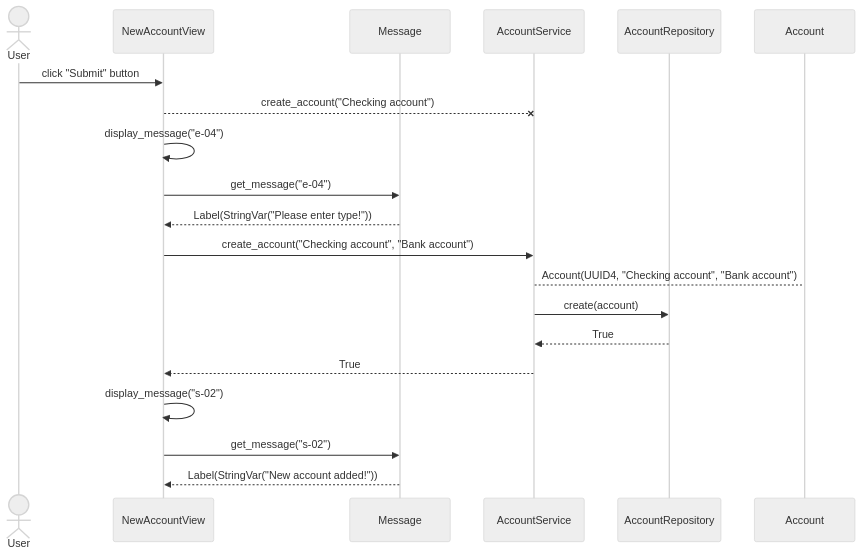
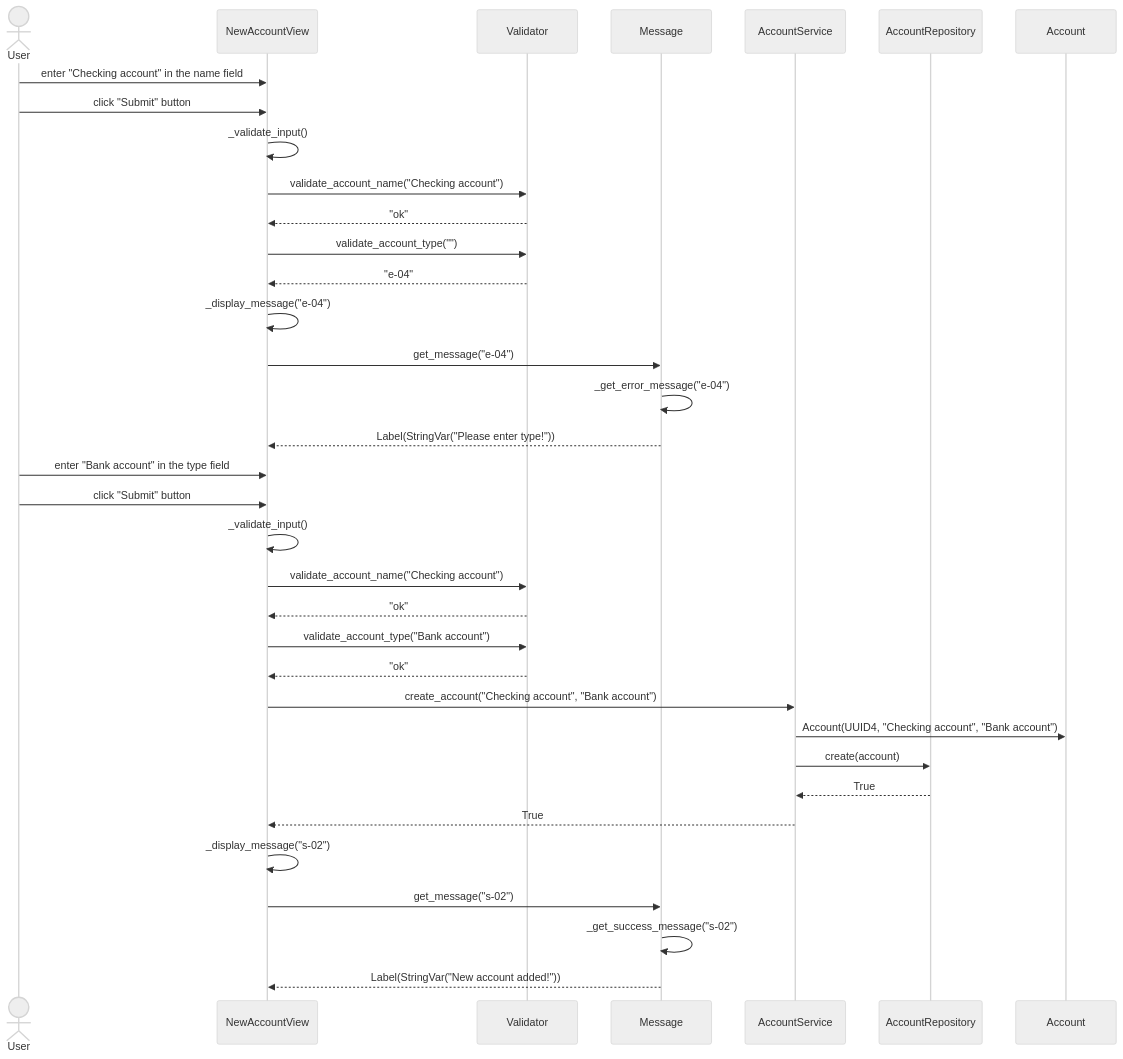
Before and after one commit to rikurauhala/yesan: the first of 2 diagrams in documentation/architecture.md, drawn with Mermaid (neutral theme).

Commit message:
Update sequence diagram for creating a new account

````diff
--- a/documentation/architecture.md
+++ b/documentation/architecture.md
@@ -9,22 +9,37 @@
 ```mermaid
 sequenceDiagram
     actor User
     participant NewAccountView
+    participant Validator
     participant Message
     participant AccountService
     participant AccountRepository
     participant Account
+    User->>NewAccountView: enter "Checking account" in the name field
     User->>NewAccountView: click "Submit" button
-    NewAccountView--XAccountService: create_account("Checking account")
-    NewAccountView->>NewAccountView: display_message("e-04")
+    NewAccountView->>NewAccountView: _validate_input()
+    NewAccountView->>Validator: validate_account_name("Checking account")
+    Validator-->>NewAccountView: "ok"
+    NewAccountView->>Validator: validate_account_type("")
+    Validator-->>NewAccountView: "e-04"
+    NewAccountView->>NewAccountView: _display_message("e-04")
     NewAccountView->>Message: get_message("e-04")
+    Message->>Message: _get_error_message("e-04")
     Message-->>NewAccountView: Label(StringVar("Please enter type!"))
+    User->>NewAccountView: enter "Bank account" in the type field
+    User->>NewAccountView: click "Submit" button
+    NewAccountView->>NewAccountView: _validate_input()
+    NewAccountView->>Validator: validate_account_name("Checking account")
+    Validator-->>NewAccountView: "ok"
+    NewAccountView->>Validator: validate_account_type("Bank account")
+    Validator-->>NewAccountView: "ok"
     NewAccountView->>AccountService: create_account("Checking account", "Bank account")
-    AccountService-->Account: Account(UUID4, "Checking account", "Bank account")
+    AccountService->>Account: Account(UUID4, "Checking account", "Bank account")
     AccountService->>AccountRepository: create(account)
     AccountRepository-->>AccountService: True
     AccountService-->>NewAccountView: True
-   NewAccountView->>NewAccountView: display_message("s-02")
+    NewAccountView->>NewAccountView: _display_message("s-02")
     NewAccountView->>Message: get_message("s-02")
+    Message->>Message: _get_success_message("s-02")
     Message-->>NewAccountView: Label(StringVar("New account added!"))
 ```
````
